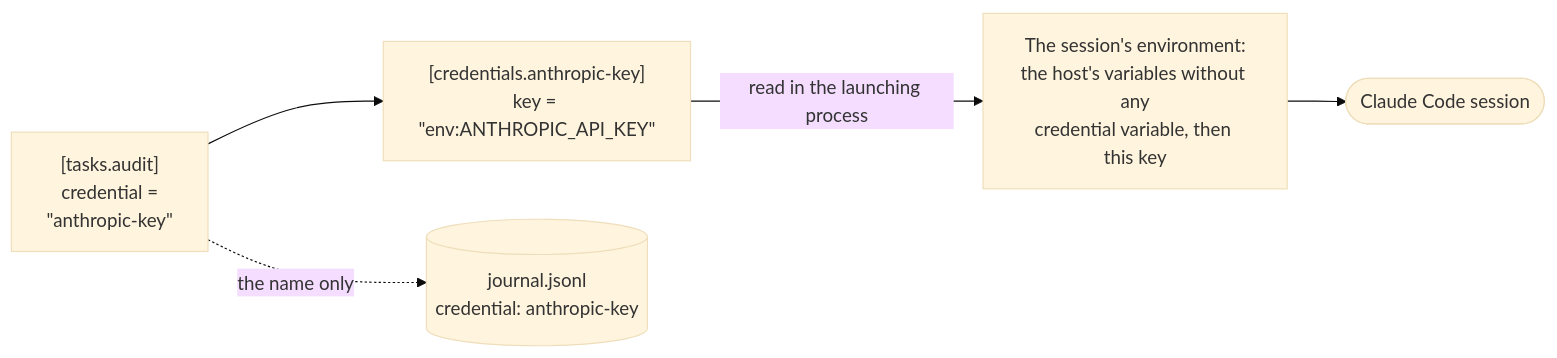
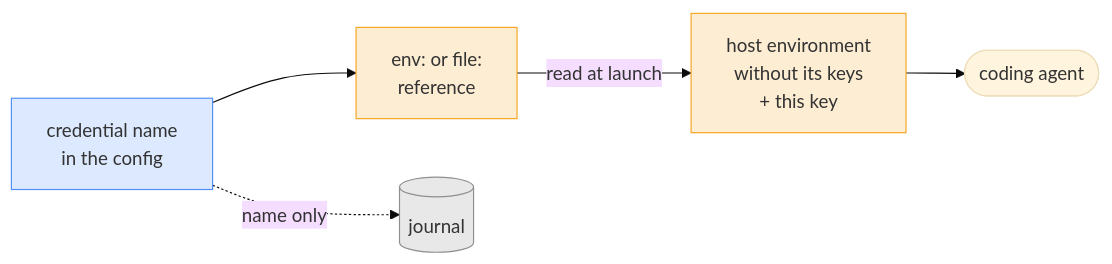
The third of 3 diagrams in README.md (t-tani/contraagent), drawn with Mermaid (base theme) before and after one commit. The commit also changed other lines of this file and 2 other files, not shown here.

First line of the commit message:
Draw the README's security section as a table and two diagrams

````diff
--- a/README.md
+++ b/README.md
@@ -379,7 +390,13 @@
 ```mermaid
 flowchart LR
-    kind["[tasks.audit]<br>credential =<br>#quot;anthropic-key#quot;"] --> table["[credentials.anthropic-key]<br>key = #quot;env:ANTHROPIC_API_KEY#quot;"]
-    table -- "read in the launching process" --> env["The session's environment:<br>the host's variables without any<br>credential variable, then this key"]
-    env --> session(["Claude Code session"])
-    kind -. "the name only" .-> journal[("journal.jsonl<br>credential: anthropic-key")]
+    cfg["credential name<br>in the config"] --> sec["env: or file:<br>reference"]
+    sec -- read at launch --> env["host environment<br>without its keys<br>+ this key"]
+    env --> agent([coding agent])
+    cfg -. name only .-> j[(journal)]
+    classDef cfg fill:#4f8ff733,stroke:#4f8ff7
+    classDef secret fill:#f5a62333,stroke:#f5a623
+    classDef rec fill:#8e8e9333,stroke:#8e8e93
+    class cfg cfg
+    class sec,env secret
+    class j rec
 ```
````
